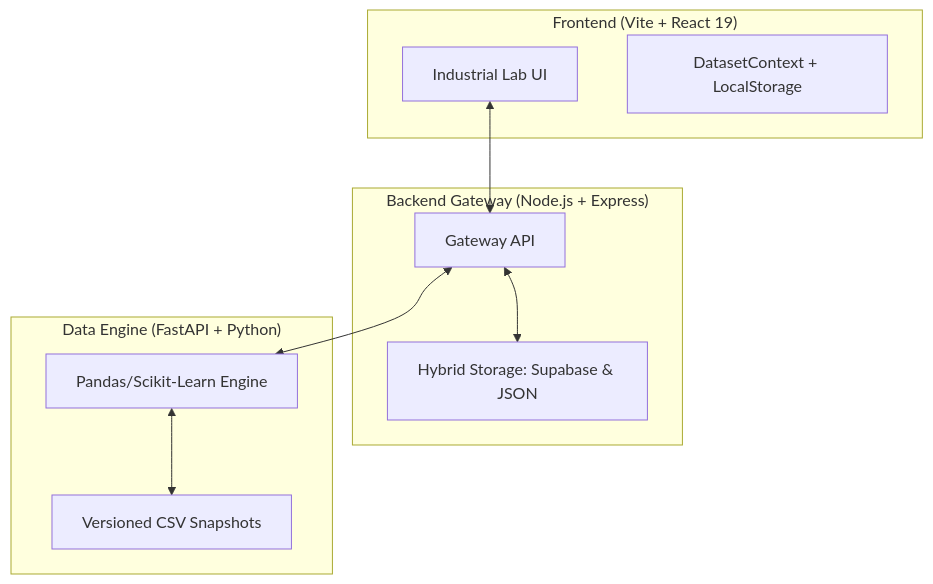
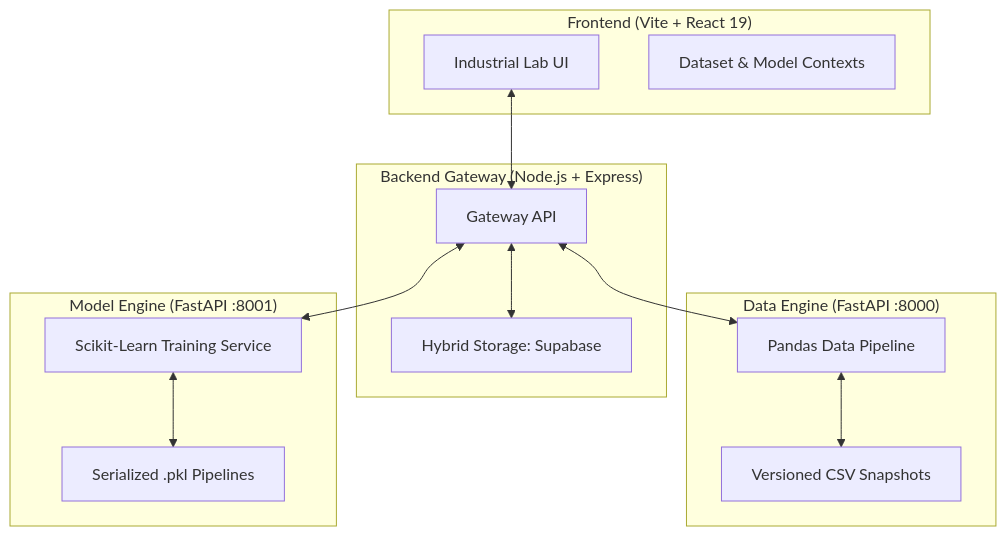
Before and after one commit to Venni16/DataForge-Platform: the diagram in README.md, drawn with Mermaid. The commit also changed other lines of this file, not shown here.

````diff
--- a/README.md
+++ b/README.md
@@ -18,22 +19,29 @@
 ```mermaid
 graph TD
     subgraph "Frontend (Vite + React 19)"
         UI[Industrial Lab UI]
-        State[DatasetContext + LocalStorage]
+        State[Dataset & Model Contexts]
     end
 
     subgraph "Backend Gateway (Node.js + Express)"
         API[Gateway API]
-        Store[Hybrid Storage: Supabase & JSON]
+        Store[Hybrid Storage: Supabase]
     end
 
-    subgraph "Data Engine (FastAPI + Python)"
-        Engine[Pandas/Scikit-Learn Engine]
+    subgraph "Data Engine (FastAPI :8000)"
+        Engine[Pandas Data Pipeline]
         Snapshots[Versioned CSV Snapshots]
+    end
+
+    subgraph "Model Engine (FastAPI :8001)"
+        MLEngine[Scikit-Learn Training Service]
+        Models[Serialized .pkl Pipelines]
     end
 
     UI <--> API
     API <--> Engine
+    API <--> MLEngine
+    Engine <--> Snapshots
+    MLEngine <--> Models
     API <--> Store
-    Engine <--> Snapshots
 ```
````
